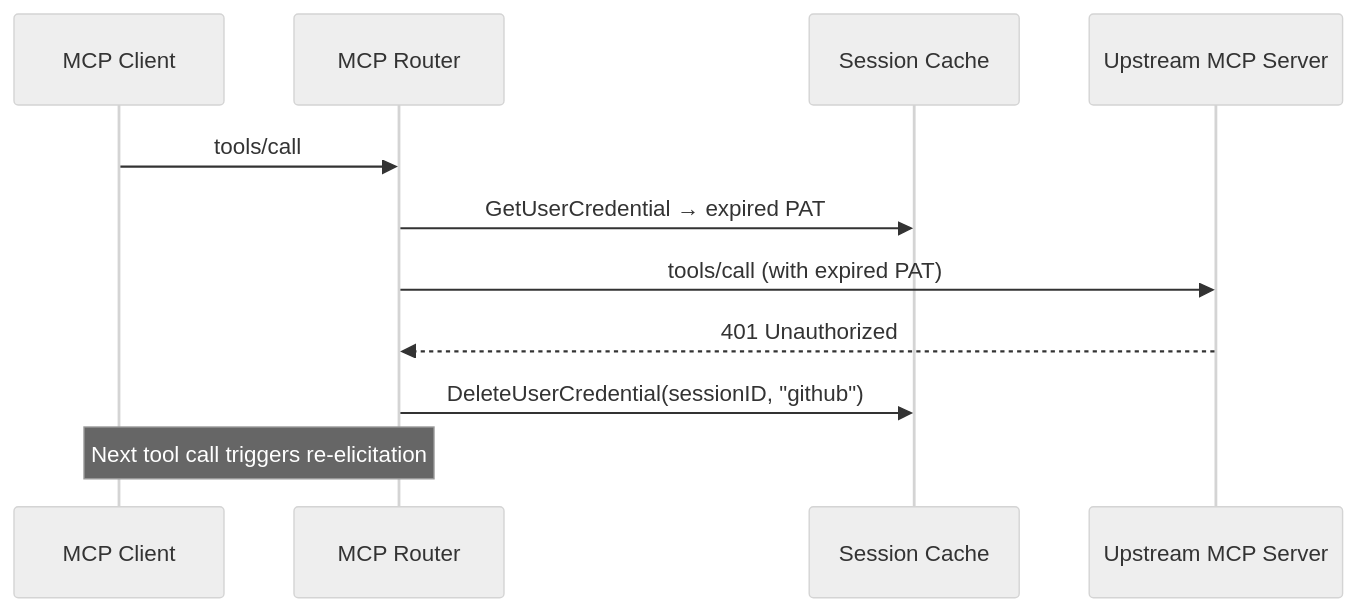
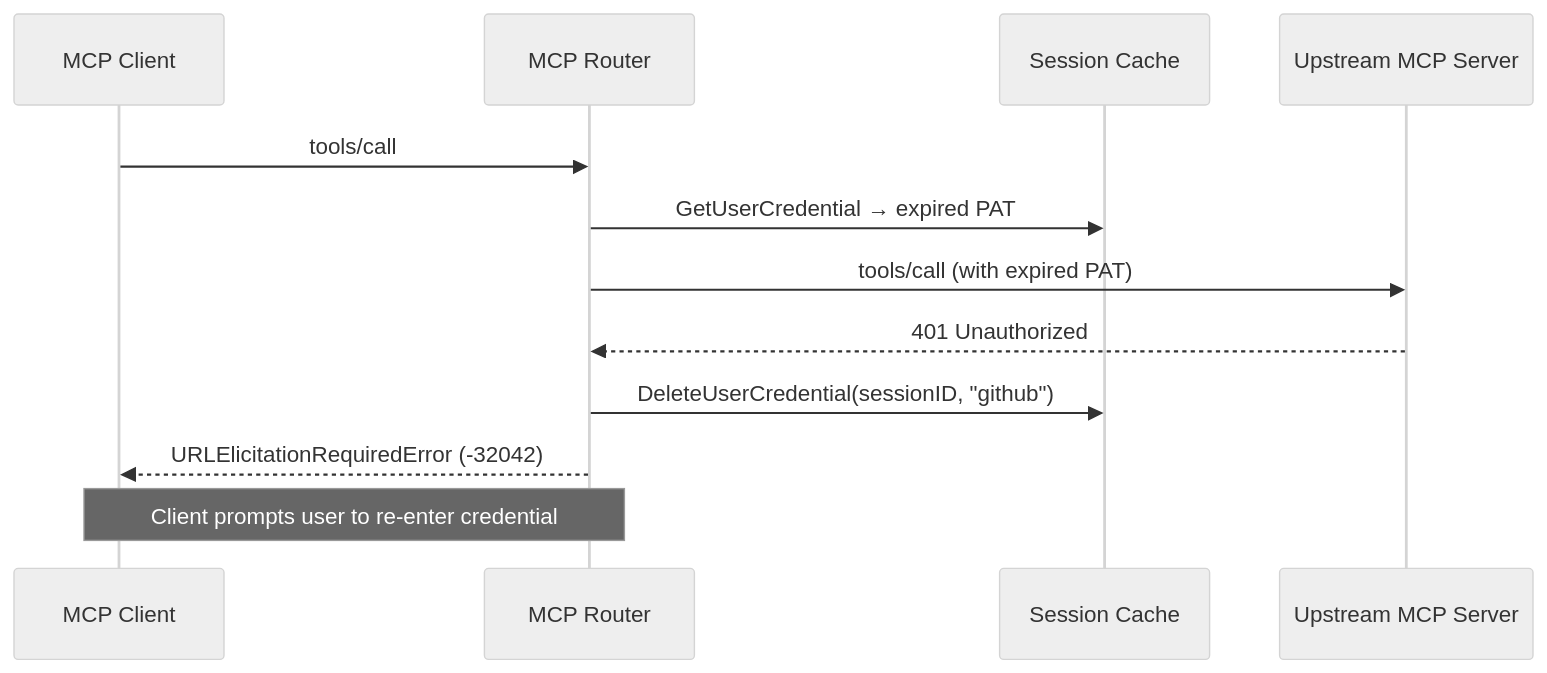
Before and after one commit to Kuadrant/mcp-gateway: the second of 2 diagrams in docs/design/gateway-initiated-url-elicitation.md, drawn with Mermaid (neutral theme). The commit also changed other lines of this file, not shown here.

Commit message:
return elicitation error on 401 instead of silent invalidation

````diff
--- a/docs/design/gateway-initiated-url-elicitation.md
+++ b/docs/design/gateway-initiated-url-elicitation.md
@@ -83,14 +83,15 @@
 ```mermaid
 sequenceDiagram
     participant Client as MCP Client
     participant Router as MCP Router
     participant Cache as Session Cache
     participant Upstream as Upstream MCP Server
 
     Client->>Router: tools/call
     Router->>Cache: GetUserCredential → expired PAT
     Router->>Upstream: tools/call (with expired PAT)
     Upstream-->>Router: 401 Unauthorized
     Router->>Cache: DeleteUserCredential(sessionID, "github")
-    Note over Client,Router: Next tool call triggers re-elicitation
+    Router-->>Client: URLElicitationRequiredError (-32042)
+    Note over Client,Router: Client prompts user to re-enter credential
 ```
````
